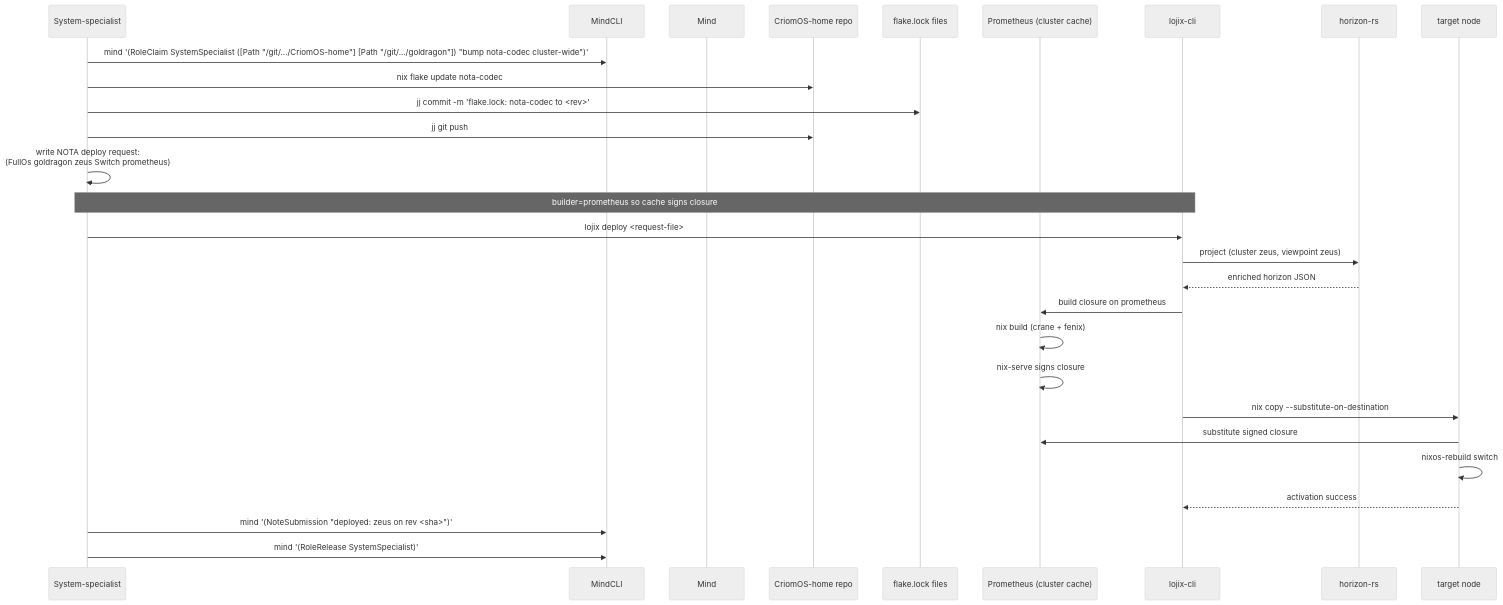
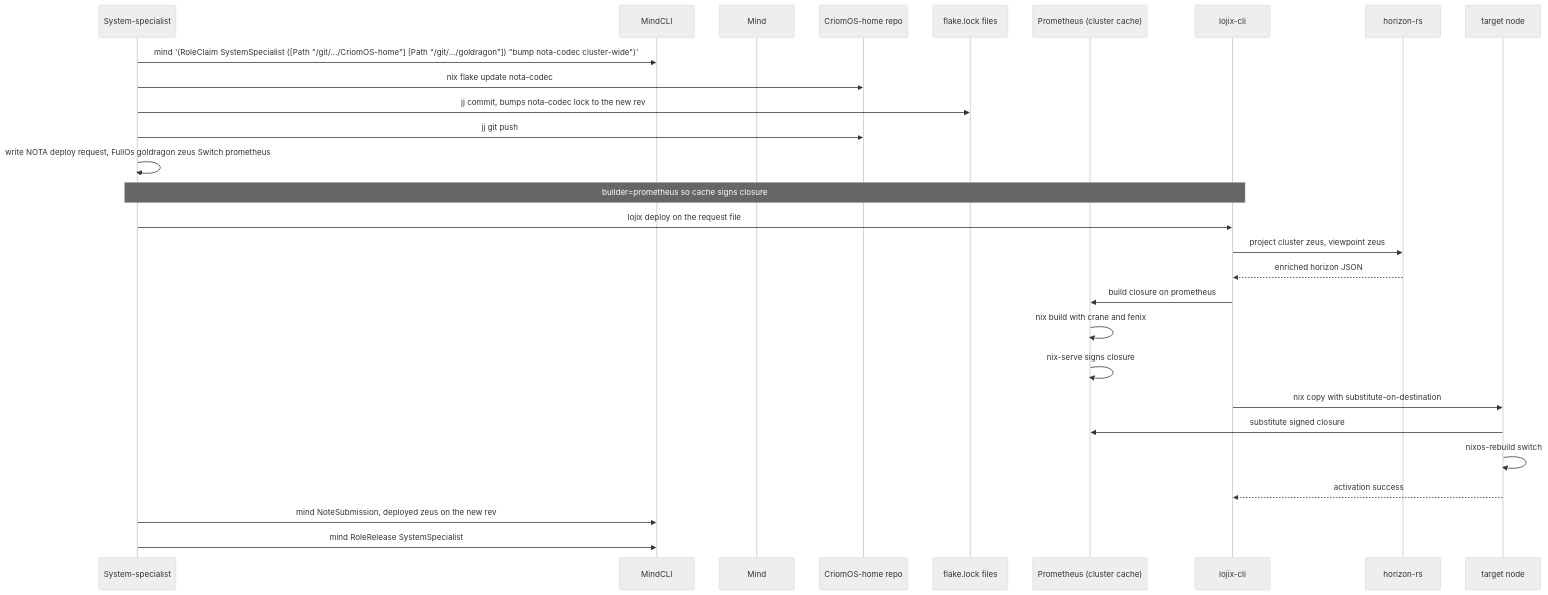
Diagram 18 of 18 in reports/designer/114-persona-vision-as-of-2026-05-11.md (LiGoldragon/primary), drawn with Mermaid (neutral theme) before and after one commit. The commit also changed other lines of this file, not shown here.

````diff
--- a/reports/designer/114-persona-vision-as-of-2026-05-11.md
+++ b/reports/designer/114-persona-vision-as-of-2026-05-11.md
@@ -1087,37 +1106,37 @@
 ```mermaid
 sequenceDiagram
     participant SS as System-specialist
     participant MindCLI
     participant Mind
     participant CO_Home as CriomOS-home repo
     participant FlakeLock as flake.lock files
     participant Cache as Prometheus (cluster cache)
     participant LojixCLI as lojix-cli
     participant Horizon as horizon-rs
     participant TargetNode as target node
 
     SS->>MindCLI: mind '(RoleClaim SystemSpecialist ([Path "/git/.../CriomOS-home"] [Path "/git/.../goldragon"]) "bump nota-codec cluster-wide")'
 
     SS->>CO_Home: nix flake update nota-codec
-    SS->>FlakeLock: jj commit -m 'flake.lock: nota-codec to <rev>'
+    SS->>FlakeLock: jj commit, bumps nota-codec lock to the new rev
     SS->>CO_Home: jj git push
 
-    SS->>SS: write NOTA deploy request:<br/>(FullOs goldragon zeus Switch prometheus)
+    SS->>SS: write NOTA deploy request, FullOs goldragon zeus Switch prometheus
     Note over SS,LojixCLI: builder=prometheus so cache signs closure
 
-    SS->>LojixCLI: lojix deploy <request-file>
-    LojixCLI->>Horizon: project (cluster zeus, viewpoint zeus)
+    SS->>LojixCLI: lojix deploy on the request file
+    LojixCLI->>Horizon: project cluster zeus, viewpoint zeus
     Horizon-->>LojixCLI: enriched horizon JSON
 
     LojixCLI->>Cache: build closure on prometheus
-    Cache->>Cache: nix build (crane + fenix)
+    Cache->>Cache: nix build with crane and fenix
     Cache->>Cache: nix-serve signs closure
 
-    LojixCLI->>TargetNode: nix copy --substitute-on-destination
+    LojixCLI->>TargetNode: nix copy with substitute-on-destination
     TargetNode->>Cache: substitute signed closure
     TargetNode->>TargetNode: nixos-rebuild switch
     TargetNode-->>LojixCLI: activation success
 
-    SS->>MindCLI: mind '(NoteSubmission "deployed: zeus on rev <sha>")'
-    SS->>MindCLI: mind '(RoleRelease SystemSpecialist)'
+    SS->>MindCLI: mind NoteSubmission, deployed zeus on the new rev
+    SS->>MindCLI: mind RoleRelease SystemSpecialist
 ```
````
